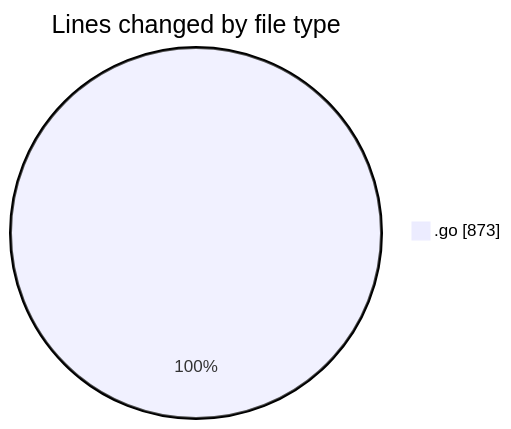
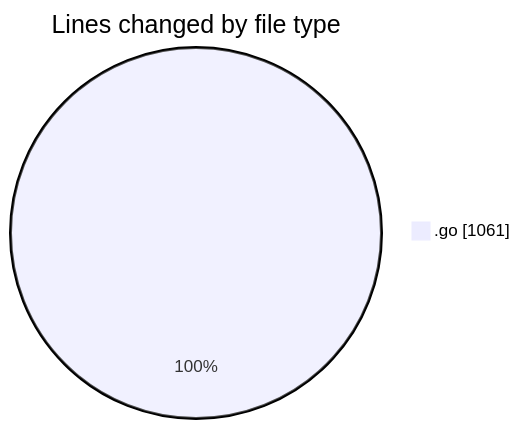
The first of 2 diagrams in 2025-03-10/termonied_testador/README.md (robertbonfada/code-tracking), drawn with Mermaid before and after one commit. The commit also changed other lines of this file and 1 other file, not shown here.

````diff
--- a/2025-03-10/termonied_testador/README.md
+++ b/2025-03-10/termonied_testador/README.md
@@ -20,5 +21,5 @@
 ```mermaid
 pie showData
 title Lines changed by file type
-".go" : 873
+".go" : 1061
 ```
````
